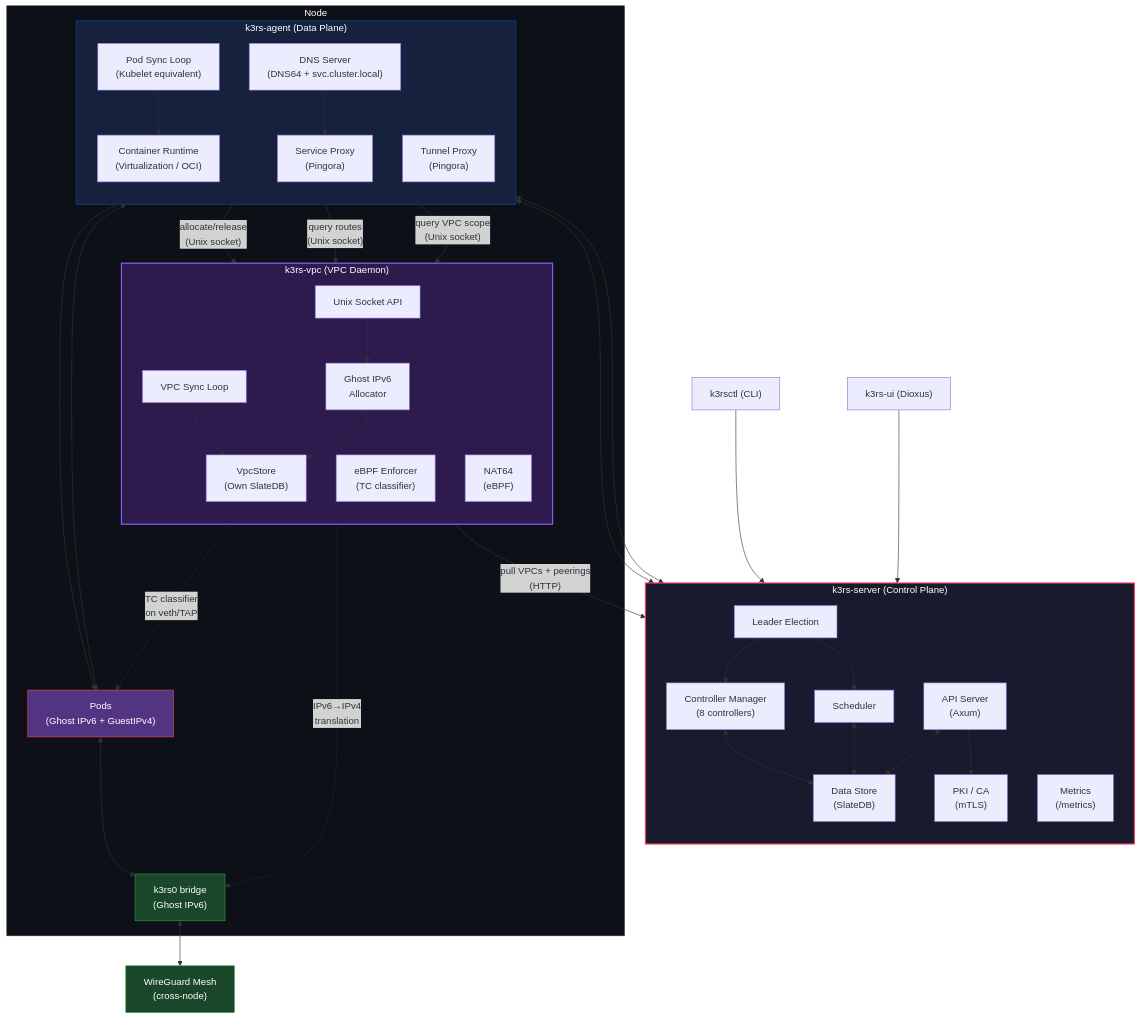
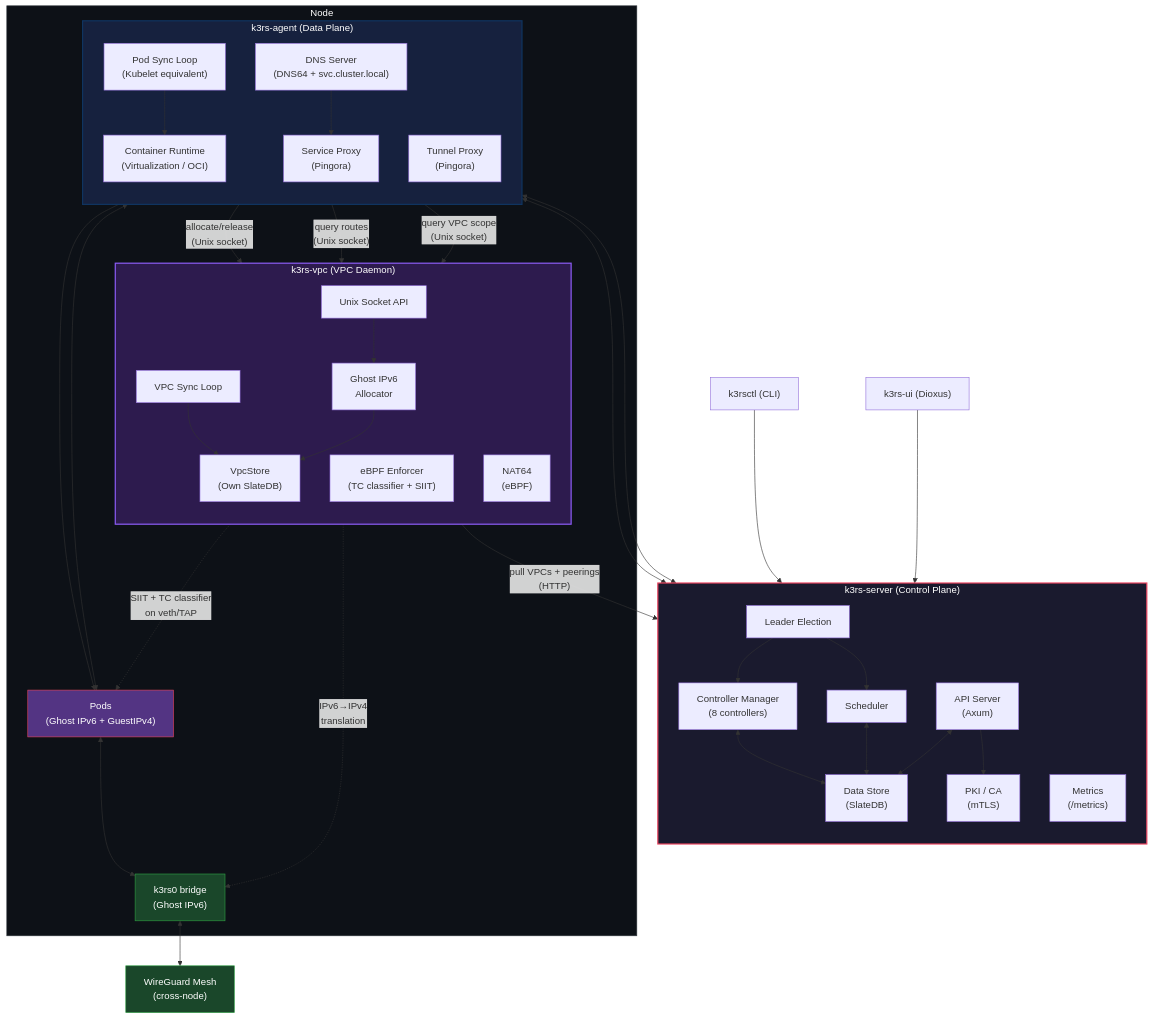
Before and after one commit to AssetsArt/k3rs: the diagram in spec.md, drawn with Mermaid. The commit also changed other lines of this file and 10 other files, not shown here.

Commit message:
feat: Implement eBPF-based SIIT IPv4↔IPv6 translation for veth interfaces.

````diff
--- a/spec.md
+++ b/spec.md
@@ -20,77 +20,77 @@
 ```mermaid
 graph TB
     subgraph server["k3rs-server (Control Plane)"]
         direction TB
         API["API Server<br/>(Axum)"]
         SCHED["Scheduler"]
         CTRL["Controller Manager<br/>(8 controllers)"]
         DB["Data Store<br/>(SlateDB)"]
         LEADER["Leader Election"]
         METRICS["Metrics<br/>(/metrics)"]
         PKI["PKI / CA<br/>(mTLS)"]
 
         API <--> DB
         SCHED <--> DB
         CTRL <--> DB
         LEADER --> CTRL
         LEADER --> SCHED
         API --> PKI
     end
 
     subgraph node["Node"]
         subgraph vpc_daemon["k3rs-vpc (VPC Daemon)"]
             direction TB
             VPC_SYNC["VPC Sync Loop"]
             GHOST["Ghost IPv6<br/>Allocator"]
-            EBPF["eBPF Enforcer<br/>(TC classifier)"]
+            EBPF["eBPF Enforcer<br/>(TC classifier + SIIT)"]
             NAT64["NAT64<br/>(eBPF)"]
             VPC_STORE["VpcStore<br/>(Own SlateDB)"]
             VPC_SOCK["Unix Socket API"]
 
             VPC_SYNC --> VPC_STORE
             GHOST --> VPC_STORE
             VPC_SOCK --> GHOST
         end
 
         subgraph agent["k3rs-agent (Data Plane)"]
             direction TB
             KUBELET["Pod Sync Loop<br/>(Kubelet equivalent)"]
             RUNTIME["Container Runtime<br/>(Virtualization / OCI)"]
             SPROXY["Service Proxy<br/>(Pingora)"]
             TUNNEL["Tunnel Proxy<br/>(Pingora)"]
             DNS["DNS Server<br/>(DNS64 + svc.cluster.local)"]
         end
 
         BRIDGE["k3rs0 bridge<br/>(Ghost IPv6)"]
         PODS["Pods<br/>(Ghost IPv6 + GuestIPv4)"]
 
         KUBELET --> RUNTIME
         RUNTIME --> PODS
         SPROXY <--> PODS
         DNS --> SPROXY
         PODS <--> BRIDGE
-        EBPF -.->|"TC classifier<br/>on veth/TAP"| PODS
+        EBPF -.->|"SIIT + TC classifier<br/>on veth/TAP"| PODS
         NAT64 -.->|"IPv6→IPv4<br/>translation"| BRIDGE
 
         KUBELET -- "allocate/release<br/>(Unix socket)" --> VPC_SOCK
         SPROXY -- "query routes<br/>(Unix socket)" --> VPC_SOCK
         DNS -- "query VPC scope<br/>(Unix socket)" --> VPC_SOCK
     end
 
     CLI["k3rsctl (CLI)"] --> API
     UI["k3rs-ui (Dioxus)"] --> API
     TUNNEL <--> API
     KUBELET <--> API
     VPC_SYNC -- "pull VPCs + peerings<br/>(HTTP)" --> API
 
     WG["WireGuard Mesh<br/>(cross-node)"]
     BRIDGE <--> WG
 
     style server fill:#1a1a2e,stroke:#e94560,stroke-width:2px,color:#fff
     style agent fill:#16213e,stroke:#0f3460,stroke-width:2px,color:#fff
     style vpc_daemon fill:#2d1b4e,stroke:#8b5cf6,stroke-width:2px,color:#fff
     style node fill:#0d1117,stroke:#30363d,stroke-width:1px,color:#fff
     style PODS fill:#533483,stroke:#e94560,color:#fff
     style BRIDGE fill:#1a472a,stroke:#2ea043,color:#fff
     style WG fill:#1a472a,stroke:#2ea043,color:#fff
 ```
````
